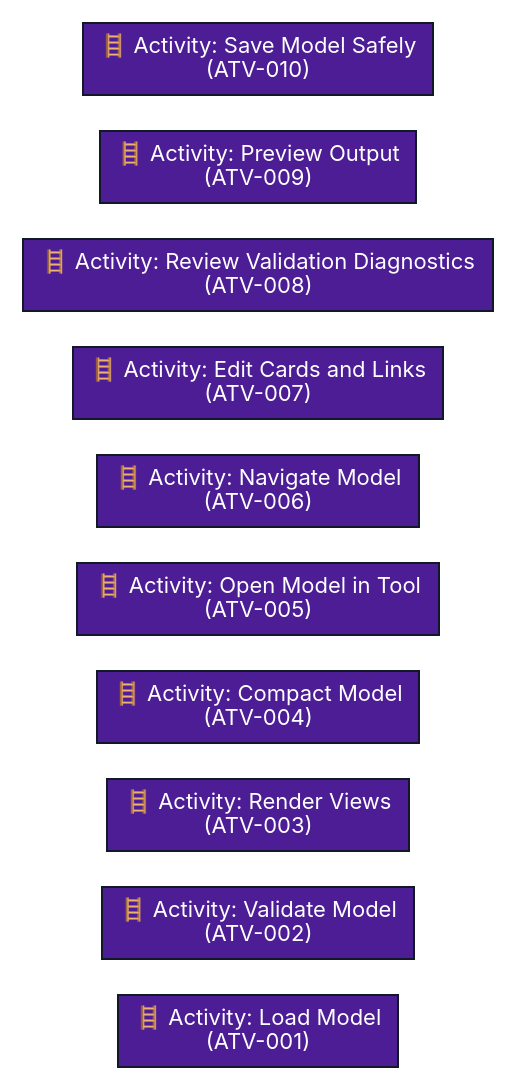
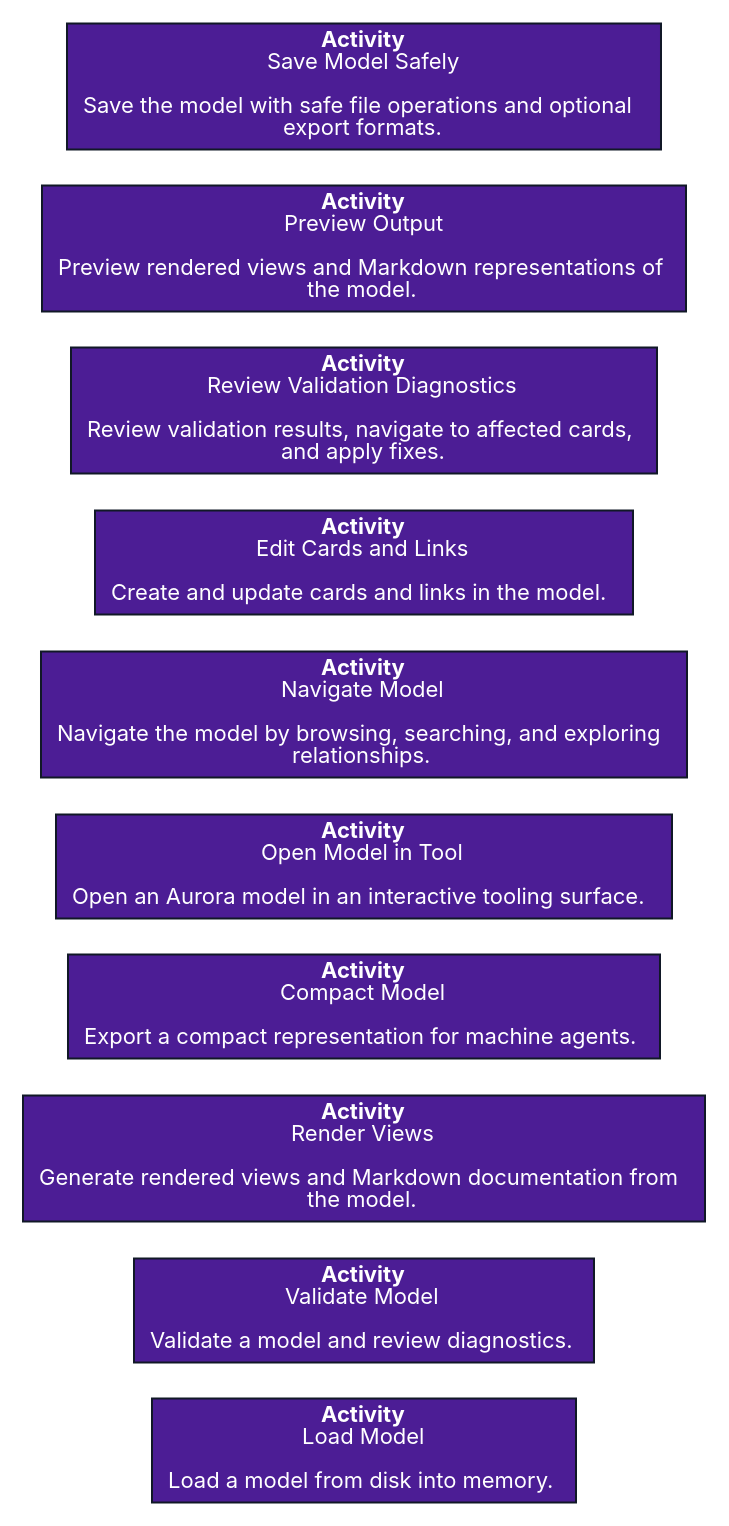
Before and after one commit to JEleniel/aurora: the diagram in docs/design/MIS-001-Provide_Default_Tooling_for_AURORA/Views/source/Sequence.view.dot, drawn with Graphviz. The commit also changed 107 other files, not shown here.

```diff
--- a/docs/design/MIS-001-Provide_Default_Tooling_for_AURORA/Views/source/Sequence.view.dot
+++ b/docs/design/MIS-001-Provide_Default_Tooling_for_AURORA/Views/source/Sequence.view.dot
@@ -1,15 +1,15 @@
 digraph "Sequence View" {
 	graph [bgcolor="#FFFFFF", fontname="Inter", rankdir="LR", splines="spline"];
 	node [color="#111827", fillcolor="#E5E7EB", fontcolor="#111827", fontname="Inter", fontsize="11", shape="box", style="filled"];
 	edge [color="#000000", fontcolor="#000000", fontname="Inter", fontsize="9"];
-	"ATV-001" [fillcolor="#4c1d95", fontcolor="#FFFFFF", label="🪜 Activity: Load Model\n(ATV-001)", shape="box"];
-	"ATV-002" [fillcolor="#4c1d95", fontcolor="#FFFFFF", label="🪜 Activity: Validate Model\n(ATV-002)", shape="box"];
-	"ATV-003" [fillcolor="#4c1d95", fontcolor="#FFFFFF", label="🪜 Activity: Render Views\n(ATV-003)", shape="box"];
-	"ATV-004" [fillcolor="#4c1d95", fontcolor="#FFFFFF", label="🪜 Activity: Compact Model\n(ATV-004)", shape="box"];
-	"ATV-005" [fillcolor="#4c1d95", fontcolor="#FFFFFF", label="🪜 Activity: Open Model in Tool\n(ATV-005)", shape="box"];
-	"ATV-006" [fillcolor="#4c1d95", fontcolor="#FFFFFF", label="🪜 Activity: Navigate Model\n(ATV-006)", shape="box"];
-	"ATV-007" [fillcolor="#4c1d95", fontcolor="#FFFFFF", label="🪜 Activity: Edit Cards and Links\n(ATV-007)", shape="box"];
-	"ATV-008" [fillcolor="#4c1d95", fontcolor="#FFFFFF", label="🪜 Activity: Review Validation Diagnostics\n(ATV-008)", shape="box"];
-	"ATV-009" [fillcolor="#4c1d95", fontcolor="#FFFFFF", label="🪜 Activity: Preview Output\n(ATV-009)", shape="box"];
-	"ATV-010" [fillcolor="#4c1d95", fontcolor="#FFFFFF", label="🪜 Activity: Save Model Safely\n(ATV-010)", shape="box"];
+	"ATV-001" [fillcolor="#4c1d95", fontcolor="#FFFFFF", label=<<FONT><B>Activity</B><br />Load Model<br /><br />Load a model from disk into memory.</FONT>>, shape="box"];
+	"ATV-002" [fillcolor="#4c1d95", fontcolor="#FFFFFF", label=<<FONT><B>Activity</B><br />Validate Model<br /><br />Validate a model and review diagnostics.</FONT>>, shape="box"];
+	"ATV-003" [fillcolor="#4c1d95", fontcolor="#FFFFFF", label=<<FONT><B>Activity</B><br />Render Views<br /><br />Generate rendered views and Markdown documentation from<br />the model.</FONT>>, shape="box"];
+	"ATV-004" [fillcolor="#4c1d95", fontcolor="#FFFFFF", label=<<FONT><B>Activity</B><br />Compact Model<br /><br />Export a compact representation for machine agents.</FONT>>, shape="box"];
+	"ATV-005" [fillcolor="#4c1d95", fontcolor="#FFFFFF", label=<<FONT><B>Activity</B><br />Open Model in Tool<br /><br />Open an Aurora model in an interactive tooling surface.</FONT>>, shape="box"];
+	"ATV-006" [fillcolor="#4c1d95", fontcolor="#FFFFFF", label=<<FONT><B>Activity</B><br />Navigate Model<br /><br />Navigate the model by browsing, searching, and exploring<br />relationships.</FONT>>, shape="box"];
+	"ATV-007" [fillcolor="#4c1d95", fontcolor="#FFFFFF", label=<<FONT><B>Activity</B><br />Edit Cards and Links<br /><br />Create and update cards and links in the model.</FONT>>, shape="box"];
+	"ATV-008" [fillcolor="#4c1d95", fontcolor="#FFFFFF", label=<<FONT><B>Activity</B><br />Review Validation Diagnostics<br /><br />Review validation results, navigate to affected cards,<br />and apply fixes.</FONT>>, shape="box"];
+	"ATV-009" [fillcolor="#4c1d95", fontcolor="#FFFFFF", label=<<FONT><B>Activity</B><br />Preview Output<br /><br />Preview rendered views and Markdown representations of<br />the model.</FONT>>, shape="box"];
+	"ATV-010" [fillcolor="#4c1d95", fontcolor="#FFFFFF", label=<<FONT><B>Activity</B><br />Save Model Safely<br /><br />Save the model with safe file operations and optional<br />export formats.</FONT>>, shape="box"];
 }
```
